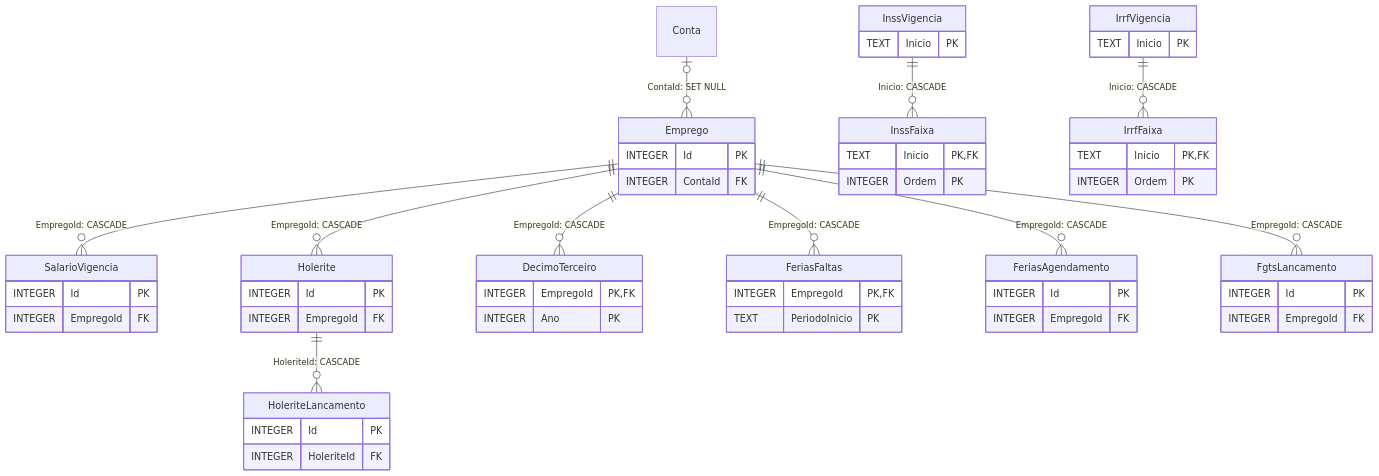
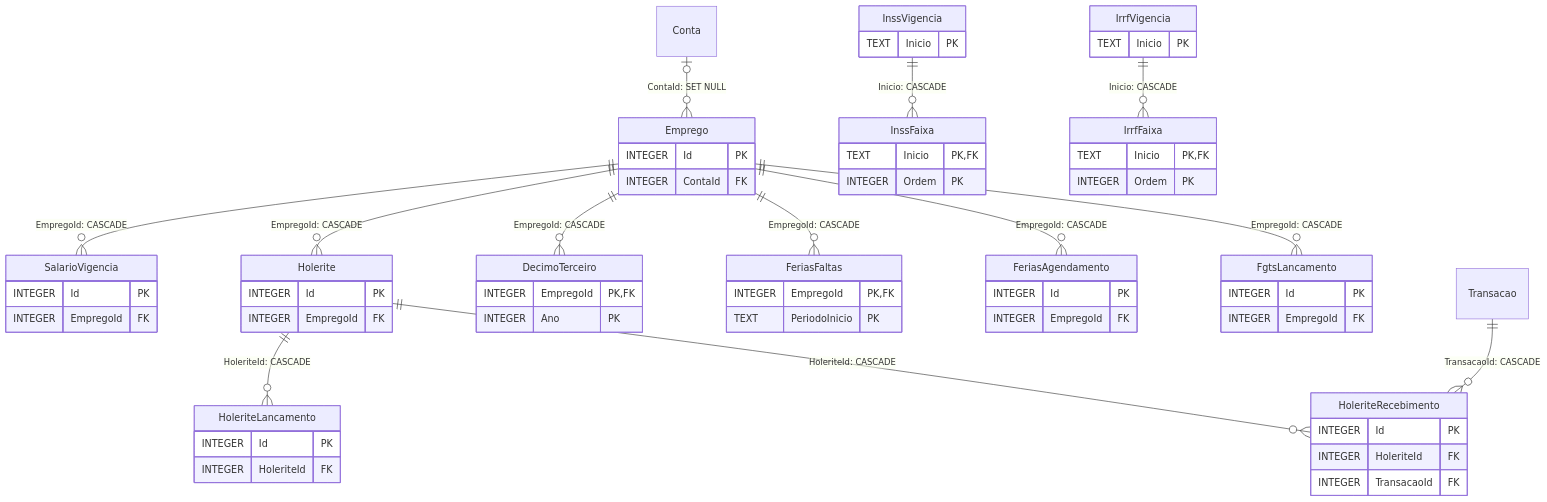
One commit to LucasDesenvGit/financas-local changed the eighth of 8 diagrams in docs/BANCO-DE-DADOS.md. Above: the diagram before and after it, drawn with Mermaid. The commit also changed 26 other files, not shown here.

````diff
--- a/docs/BANCO-DE-DADOS.md
+++ b/docs/BANCO-DE-DADOS.md
@@ -205,59 +205,66 @@
 ```mermaid
 erDiagram
     Emprego {
         INTEGER Id PK
         INTEGER ContaId FK
     }
     SalarioVigencia {
         INTEGER Id PK
         INTEGER EmpregoId FK
     }
     InssVigencia {
         TEXT Inicio PK
     }
     InssFaixa {
         TEXT Inicio PK,FK
         INTEGER Ordem PK
     }
     IrrfVigencia {
         TEXT Inicio PK
     }
     IrrfFaixa {
         TEXT Inicio PK,FK
         INTEGER Ordem PK
     }
     Holerite {
         INTEGER Id PK
         INTEGER EmpregoId FK
     }
     HoleriteLancamento {
         INTEGER Id PK
         INTEGER HoleriteId FK
     }
     DecimoTerceiro {
         INTEGER EmpregoId PK,FK
         INTEGER Ano PK
     }
     FeriasFaltas {
         INTEGER EmpregoId PK,FK
         TEXT PeriodoInicio PK
     }
     FeriasAgendamento {
         INTEGER Id PK
         INTEGER EmpregoId FK
     }
     FgtsLancamento {
         INTEGER Id PK
         INTEGER EmpregoId FK
     }
+    HoleriteRecebimento {
+        INTEGER Id PK
+        INTEGER HoleriteId FK
+        INTEGER TransacaoId FK
+    }
     Conta |o--o{ Emprego : "ContaId: SET NULL"
     Emprego ||--o{ SalarioVigencia : "EmpregoId: CASCADE"
     InssVigencia ||--o{ InssFaixa : "Inicio: CASCADE"
     IrrfVigencia ||--o{ IrrfFaixa : "Inicio: CASCADE"
     Emprego ||--o{ Holerite : "EmpregoId: CASCADE"
     Holerite ||--o{ HoleriteLancamento : "HoleriteId: CASCADE"
     Emprego ||--o{ DecimoTerceiro : "EmpregoId: CASCADE"
     Emprego ||--o{ FeriasFaltas : "EmpregoId: CASCADE"
     Emprego ||--o{ FeriasAgendamento : "EmpregoId: CASCADE"
     Emprego ||--o{ FgtsLancamento : "EmpregoId: CASCADE"
+    Holerite ||--o{ HoleriteRecebimento : "HoleriteId: CASCADE"
+    Transacao ||--o{ HoleriteRecebimento : "TransacaoId: CASCADE"
 ```
````
